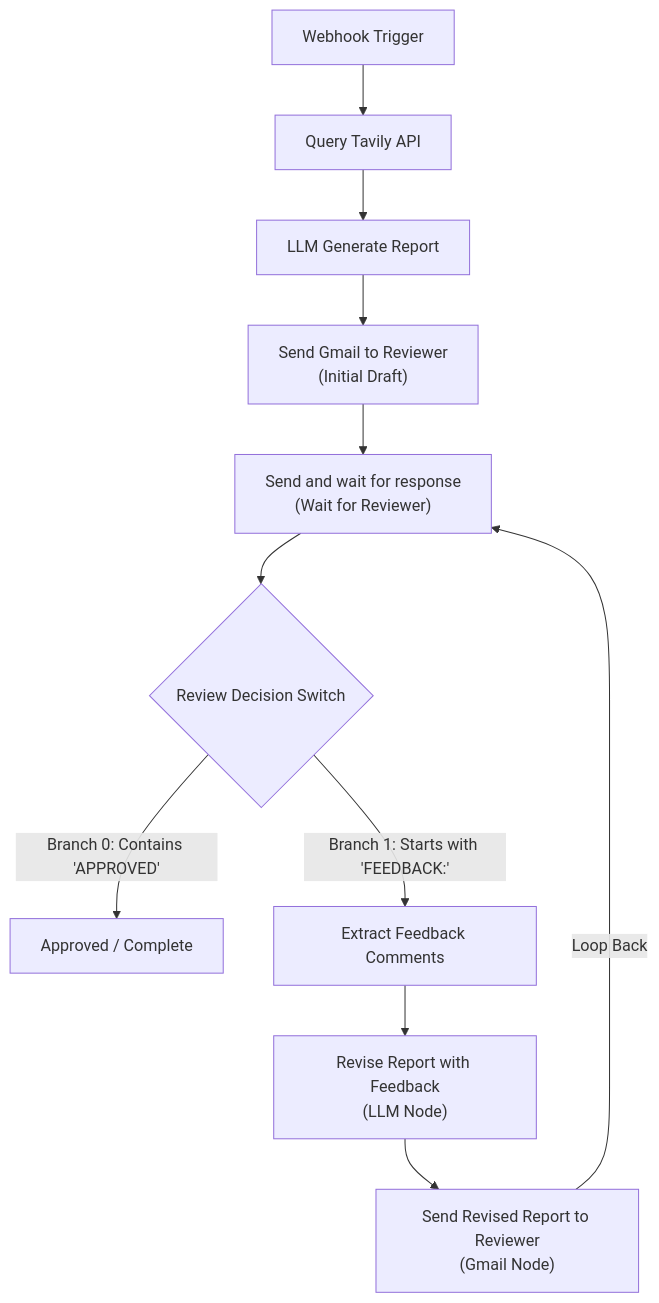
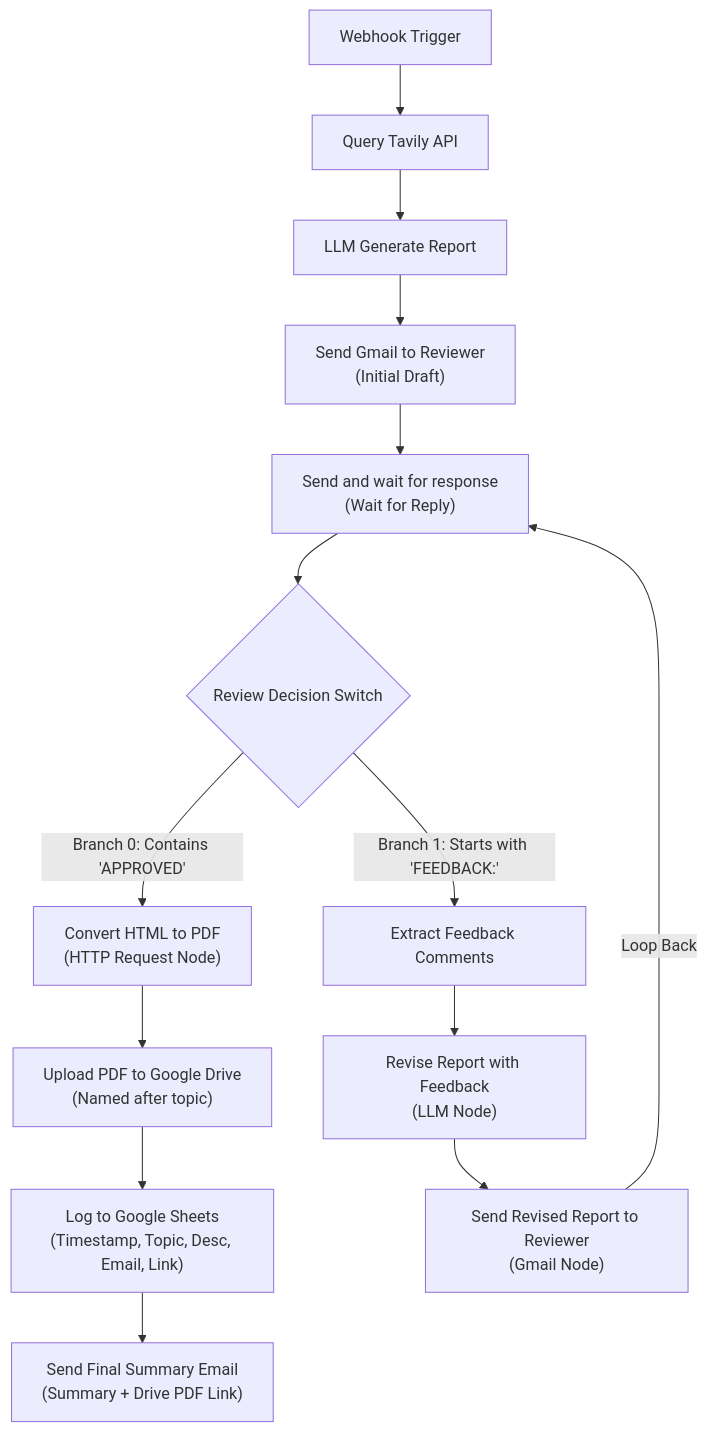
The diagram in README.md (Muaz2004/n8n-research-pipeline), drawn with Mermaid before and after one commit. The commit also changed other lines of this file and 1 other file, not shown here.

````diff
--- a/README.md
+++ b/README.md
@@ -43,13 +41,20 @@
 ```mermaid
 flowchart TD
     A["Webhook Trigger"] --> B["Query Tavily API"]
     B --> C["LLM Generate Report"]
     C --> D["Send Gmail to Reviewer<br/>(Initial Draft)"]
-    D --> E["Send and wait for response<br/>(Wait for Reviewer)"]
+    D --> E["Send and wait for response<br/>(Wait for Reply)"]
     E --> F{"Review Decision Switch"}
-    F -->|Branch 0: Contains 'APPROVED'| G["Approved / Complete"]
-    F -->|Branch 1: Starts with 'FEEDBACK:'| H["Extract Feedback Comments"]
-    H --> I["Revise Report with Feedback<br/>(LLM Node)"]
-    I --> J["Send Revised Report to Reviewer<br/>(Gmail Node)"]
-    J -->|Loop Back| E
+    
+    %% Approval Branch
+    F -->|Branch 0: Contains 'APPROVED'| G["Convert HTML to PDF<br/>(HTTP Request Node)"]
+    G --> H["Upload PDF to Google Drive<br/>(Named after topic)"]
+    H --> I["Log to Google Sheets<br/>(Timestamp, Topic, Desc, Email, Link)"]
+    I --> J["Send Final Summary Email<br/>(Summary + Drive PDF Link)"]
+    
+    %% Feedback Branch
+    F -->|Branch 1: Starts with 'FEEDBACK:'| K["Extract Feedback Comments"]
+    K --> L["Revise Report with Feedback<br/>(LLM Node)"]
+    L --> M["Send Revised Report to Reviewer<br/>(Gmail Node)"]
+    M -->|Loop Back| E
 ```
````
